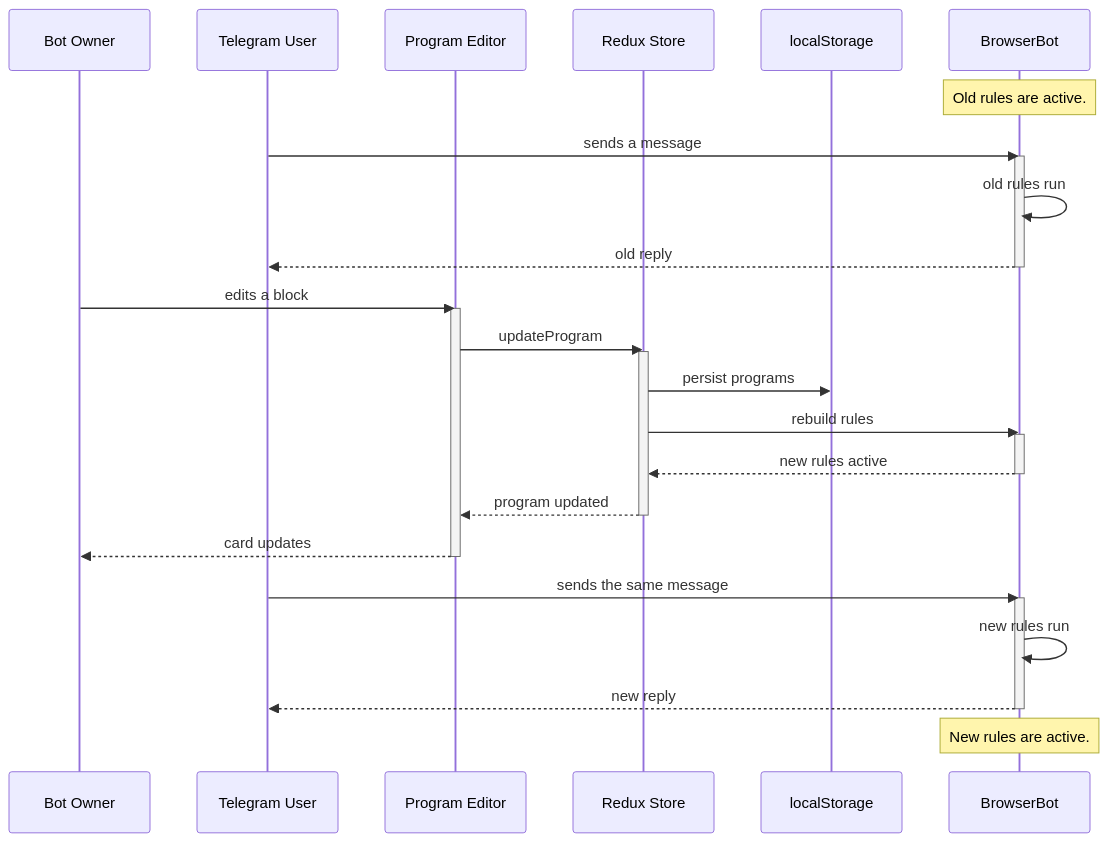
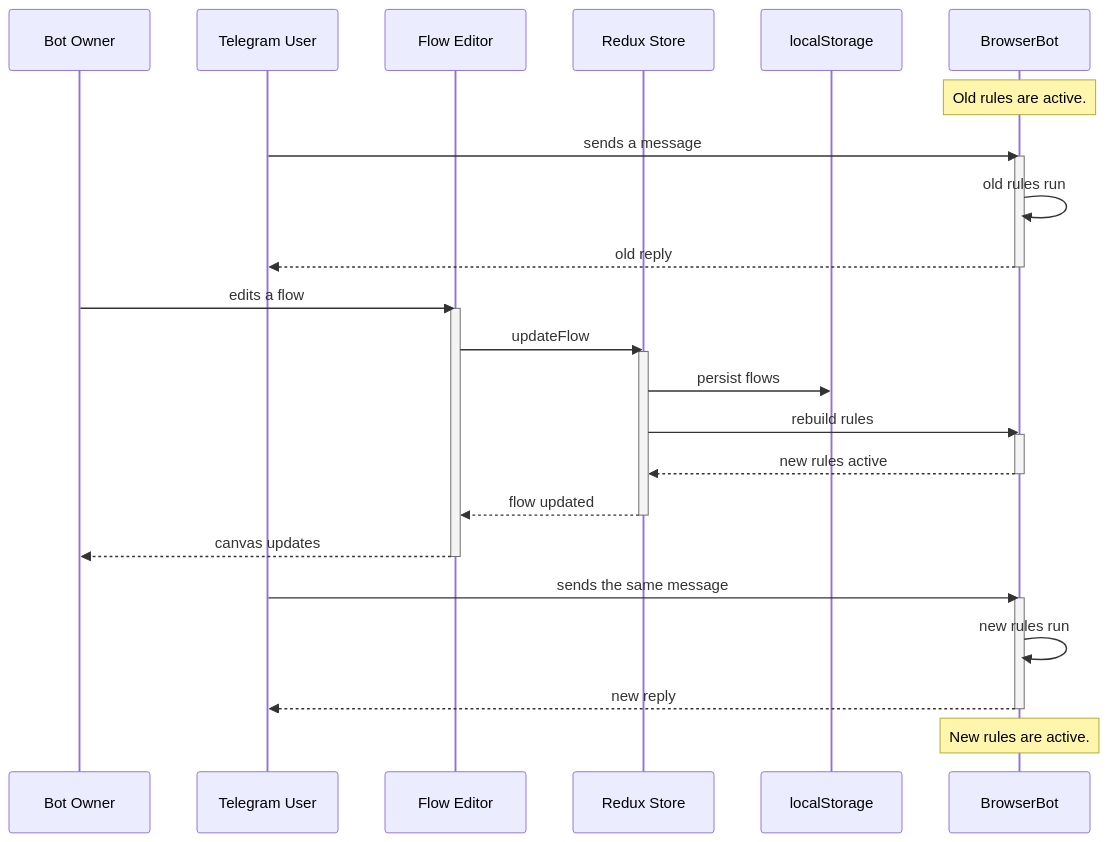
The fifth of 6 diagrams in docs/ARCHITECTURE.md (Jh123x/telegram-bot-on-browser), drawn with Mermaid before and after one commit. The commit also changed other lines of this file and 2 other files, not shown here.

First line of the commit message:
docs: drop program-editor documentation and rename the Flows tab to Flow

````diff
--- a/docs/ARCHITECTURE.md
+++ b/docs/ARCHITECTURE.md
@@ -184,39 +185,39 @@
 ```mermaid
 sequenceDiagram
   participant U as Bot Owner
   participant T as Telegram User
-  participant E as Program Editor
+  participant E as Flow Editor
   participant S as Redux Store
   participant LS as localStorage
   participant B as BrowserBot
 
   Note over B: Old rules are active.
 
   T->>B: sends a message
   activate B
   B->>B: old rules run
   B-->>T: old reply
   deactivate B
 
-  U->>E: edits a block
+  U->>E: edits a flow
   activate E
-  E->>S: updateProgram
+  E->>S: updateFlow
   activate S
-  S->>LS: persist programs
+  S->>LS: persist flows
   S->>B: rebuild rules
   activate B
   B-->>S: new rules active
   deactivate B
-  S-->>E: program updated
+  S-->>E: flow updated
   deactivate S
-  E-->>U: card updates
+  E-->>U: canvas updates
   deactivate E
 
   T->>B: sends the same message
   activate B
   B->>B: new rules run
   B-->>T: new reply
   deactivate B
 
   Note over B: New rules are active.
 ```
````
